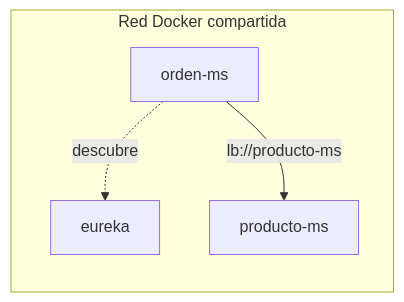
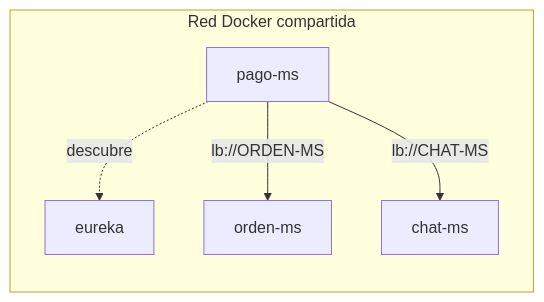
Before and after one commit to erickmijael17/SmartCampus-Marketplace: the second of 2 diagrams in docs/sesiones/s06-feign-circuit-breaker.md, drawn with Mermaid. The commit also changed other lines of this file and 23 other files, not shown here.

Commit message:
docs: update frontend and payment flows

````diff
--- a/docs/sesiones/s06-feign-circuit-breaker.md
+++ b/docs/sesiones/s06-feign-circuit-breaker.md
@@ -57,10 +57,12 @@
 ```mermaid
 flowchart LR
     subgraph Net["Red Docker compartida"]
+        Pago["pago-ms"]
         Orden["orden-ms"]
-        Producto["producto-ms"]
+        Chat["chat-ms"]
         Eureka["eureka"]
     end
-    Orden -. descubre .-> Eureka
-    Orden -->|"lb://producto-ms"| Producto
+    Pago -. descubre .-> Eureka
+    Pago -->|"lb://ORDEN-MS"| Orden
+    Pago -->|"lb://CHAT-MS"| Chat
 ```
````
